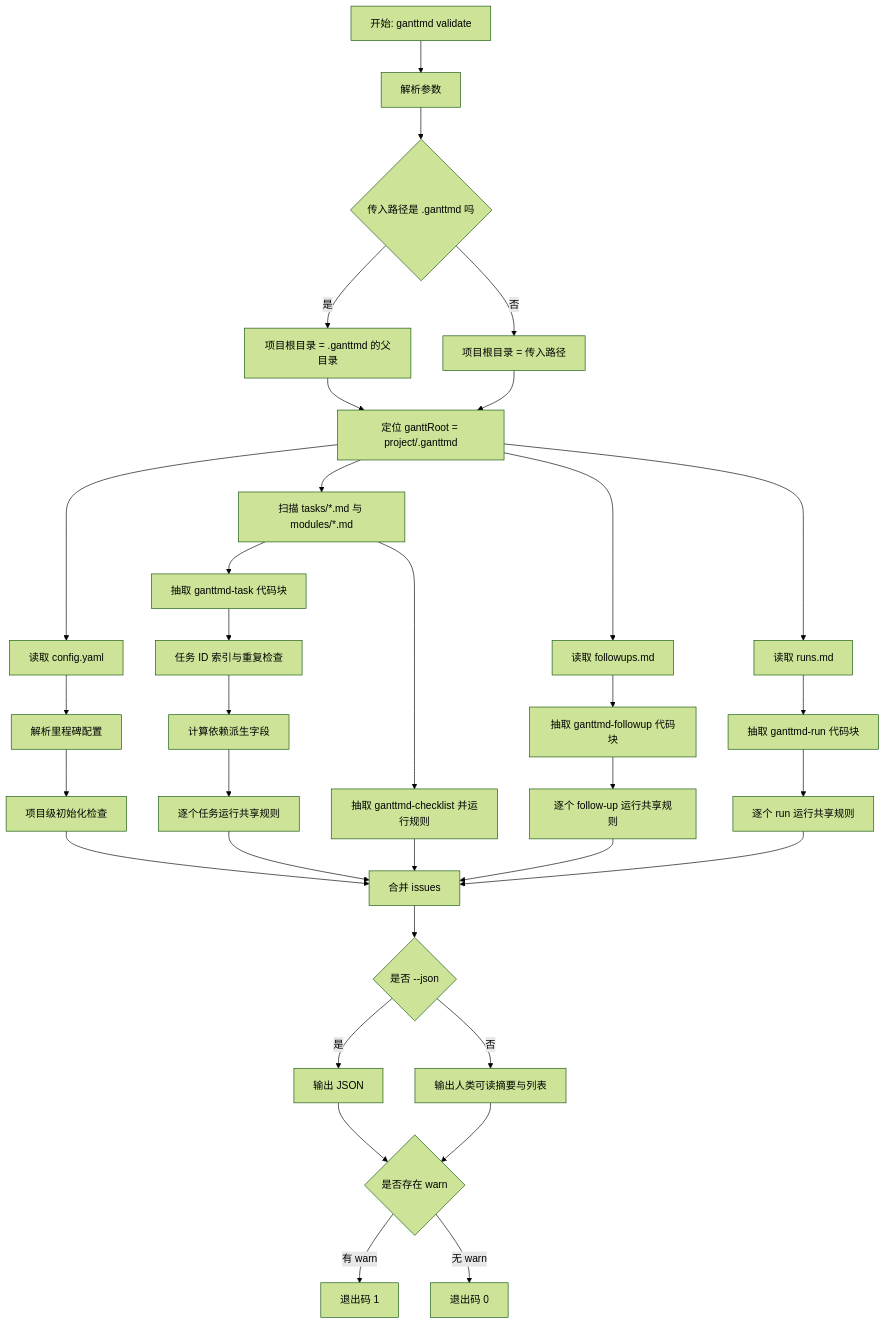
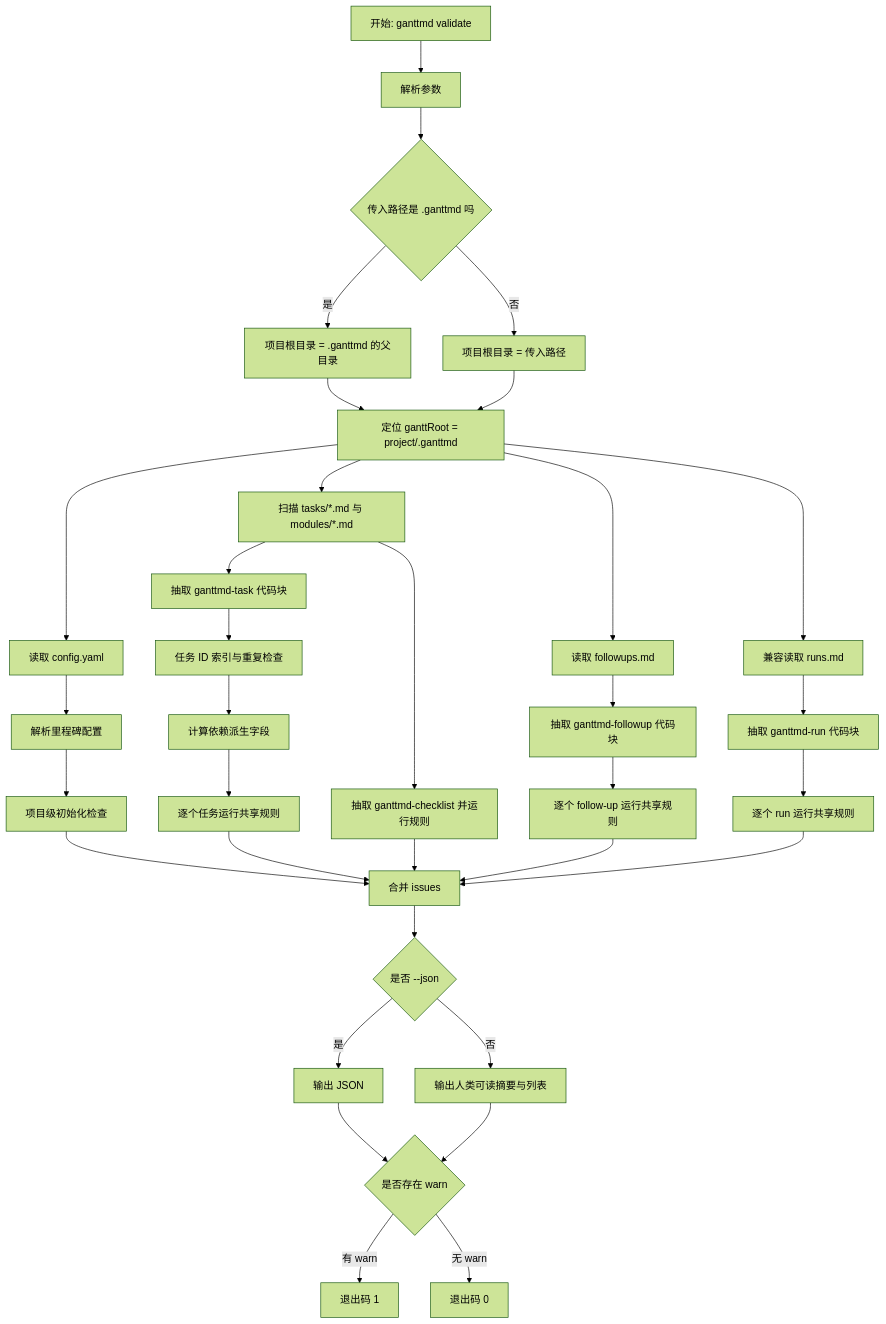
Before and after one commit to GengDaPeng/GanttMD: the first of 2 diagrams in docs/校验脚本检查流程图.md, drawn with Mermaid (forest theme). The commit also changed 22 other files, not shown here.

````diff
--- a/docs/校验脚本检查流程图.md
+++ b/docs/校验脚本检查流程图.md
@@ -35,41 +35,41 @@
 ```mermaid
 flowchart TD
   A[开始: ganttmd validate] --> B[解析参数]
   B --> C{传入路径是 .ganttmd 吗}
   C -- 是 --> D[项目根目录 = .ganttmd 的父目录]
   C -- 否 --> E[项目根目录 = 传入路径]
   D --> F[定位 ganttRoot]
   E --> F[定位 ganttRoot = project/.ganttmd]
 
   F --> G[读取 config.yaml]
   F --> H[扫描 tasks/*.md 与 modules/*.md]
   F --> I[读取 followups.md]
-  F --> I2[读取 runs.md]
+  F --> I2[兼容读取 runs.md]
 
   G --> J[解析里程碑配置]
   H --> K[抽取 ganttmd-task 代码块]
   I --> L[抽取 ganttmd-followup 代码块]
   I2 --> L2[抽取 ganttmd-run 代码块]
 
   J --> M[项目级初始化检查]
   K --> N[任务 ID 索引与重复检查]
   N --> O[计算依赖派生字段]
   O --> P[逐个任务运行共享规则]
   L --> Q[逐个 follow-up 运行共享规则]
   L2 --> Q2[逐个 run 运行共享规则]
   H --> Q3[抽取 ganttmd-checklist 并运行规则]
 
   M --> R[合并 issues]
   P --> R
   Q --> R
   Q2 --> R
   Q3 --> R
 
   R --> S{是否 --json}
   S -- 是 --> T[输出 JSON]
   S -- 否 --> U[输出人类可读摘要与列表]
   T --> V{是否存在 warn}
   U --> V
   V -- 有 warn --> W[退出码 1]
   V -- 无 warn --> X[退出码 0]
 ```
````
